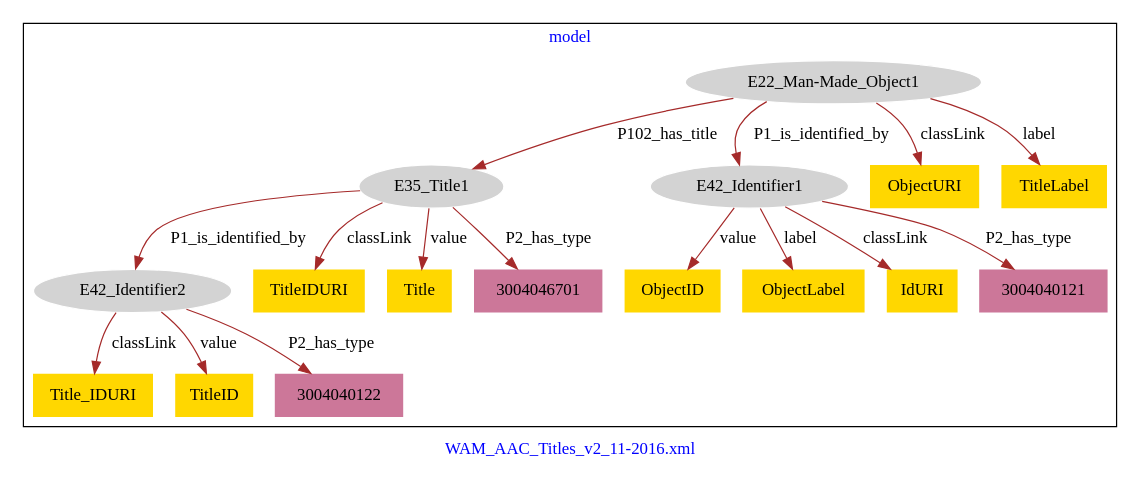
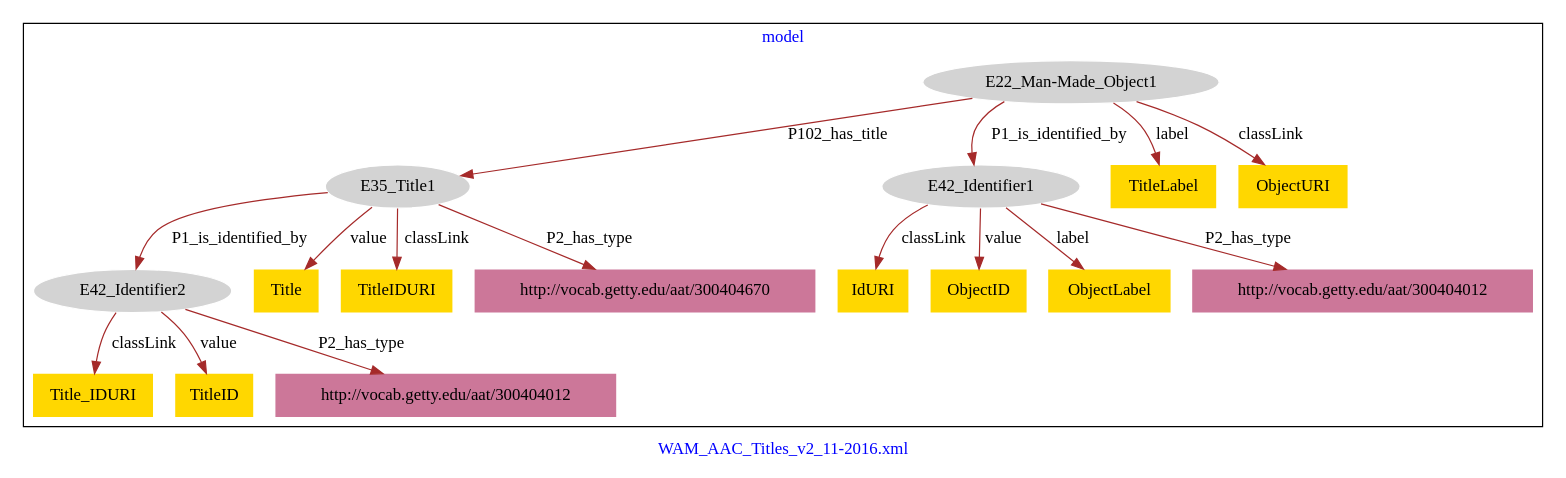
One commit to american-art/wam changed the diagram in WAM_AAC_Titles/WAM_AAC_Titles-model.dot. Above: the diagram before and after it, drawn with Graphviz.

Commit message:
Update file WAM_AAC_Titles-model.dot

```diff
--- a/WAM_AAC_Titles/WAM_AAC_Titles-model.dot
+++ b/WAM_AAC_Titles/WAM_AAC_Titles-model.dot
@@ -1,39 +1,39 @@
 digraph n0 {
 fontcolor="blue"
 remincross="true"
 label="WAM_AAC_Titles_v2_11-2016.xml"
 subgraph cluster {
 label="model"
 n2[style="filled",color="white",fillcolor="lightgray",label="E22_Man-Made_Object1"];
 n3[style="filled",color="white",fillcolor="lightgray",label="E35_Title1"];
 n4[style="filled",color="white",fillcolor="lightgray",label="E42_Identifier1"];
 n5[style="filled",color="white",fillcolor="lightgray",label="E42_Identifier2"];
-n6[shape="plaintext",style="filled",fillcolor="gold",label="TitleIDURI"];
-n7[shape="plaintext",style="filled",fillcolor="gold",label="Title_IDURI"];
-n8[shape="plaintext",style="filled",fillcolor="gold",label="ObjectURI"];
-n9[shape="plaintext",style="filled",fillcolor="gold",label="ObjectID"];
-n10[shape="plaintext",style="filled",fillcolor="gold",label="ObjectLabel"];
-n11[shape="plaintext",style="filled",fillcolor="gold",label="Title"];
-n12[shape="plaintext",style="filled",fillcolor="gold",label="TitleID"];
-n13[shape="plaintext",style="filled",fillcolor="gold",label="TitleLabel"];
-n14[shape="plaintext",style="filled",fillcolor="gold",label="IdURI"];
-n15[shape="plaintext",style="filled",fillcolor="#CC7799",label="3004046701"];
-n16[shape="plaintext",style="filled",fillcolor="#CC7799",label="3004040122"];
-n17[shape="plaintext",style="filled",fillcolor="#CC7799",label="3004040121"];
+n6[shape="plaintext",style="filled",fillcolor="gold",label="TitleLabel"];
+n7[shape="plaintext",style="filled",fillcolor="gold",label="IdURI"];
+n8[shape="plaintext",style="filled",fillcolor="gold",label="ObjectID"];
+n9[shape="plaintext",style="filled",fillcolor="gold",label="Title"];
+n10[shape="plaintext",style="filled",fillcolor="gold",label="Title_IDURI"];
+n11[shape="plaintext",style="filled",fillcolor="gold",label="TitleID"];
+n12[shape="plaintext",style="filled",fillcolor="gold",label="ObjectURI"];
+n13[shape="plaintext",style="filled",fillcolor="gold",label="TitleIDURI"];
+n14[shape="plaintext",style="filled",fillcolor="gold",label="ObjectLabel"];
+n15[shape="plaintext",style="filled",fillcolor="#CC7799",label="http://vocab.getty.edu/aat/300404670"];
+n16[shape="plaintext",style="filled",fillcolor="#CC7799",label="http://vocab.getty.edu/aat/300404012"];
+n17[shape="plaintext",style="filled",fillcolor="#CC7799",label="http://vocab.getty.edu/aat/300404012"];
 }
 n2 -> n3[color="brown",fontcolor="black",label="P102_has_title"]
 n2 -> n4[color="brown",fontcolor="black",label="P1_is_identified_by"]
 n3 -> n5[color="brown",fontcolor="black",label="P1_is_identified_by"]
-n3 -> n6[color="brown",fontcolor="black",label="classLink"]
-n5 -> n7[color="brown",fontcolor="black",label="classLink"]
-n2 -> n8[color="brown",fontcolor="black",label="classLink"]
-n4 -> n9[color="brown",fontcolor="black",label="value"]
-n4 -> n10[color="brown",fontcolor="black",label="label"]
-n3 -> n11[color="brown",fontcolor="black",label="value"]
-n5 -> n12[color="brown",fontcolor="black",label="value"]
-n2 -> n13[color="brown",fontcolor="black",label="label"]
-n4 -> n14[color="brown",fontcolor="black",label="classLink"]
+n2 -> n6[color="brown",fontcolor="black",label="label"]
+n4 -> n7[color="brown",fontcolor="black",label="classLink"]
+n4 -> n8[color="brown",fontcolor="black",label="value"]
+n3 -> n9[color="brown",fontcolor="black",label="value"]
+n5 -> n10[color="brown",fontcolor="black",label="classLink"]
+n5 -> n11[color="brown",fontcolor="black",label="value"]
+n2 -> n12[color="brown",fontcolor="black",label="classLink"]
+n3 -> n13[color="brown",fontcolor="black",label="classLink"]
+n4 -> n14[color="brown",fontcolor="black",label="label"]
 n3 -> n15[color="brown",fontcolor="black",label="P2_has_type"]
 n5 -> n16[color="brown",fontcolor="black",label="P2_has_type"]
 n4 -> n17[color="brown",fontcolor="black",label="P2_has_type"]
 }
```
